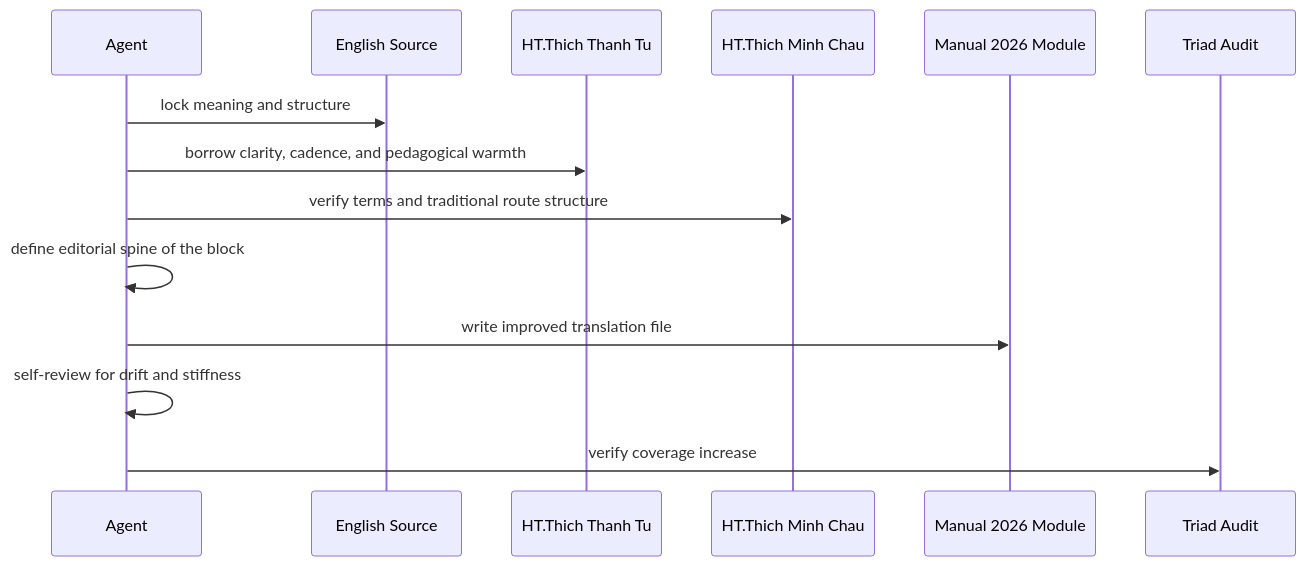
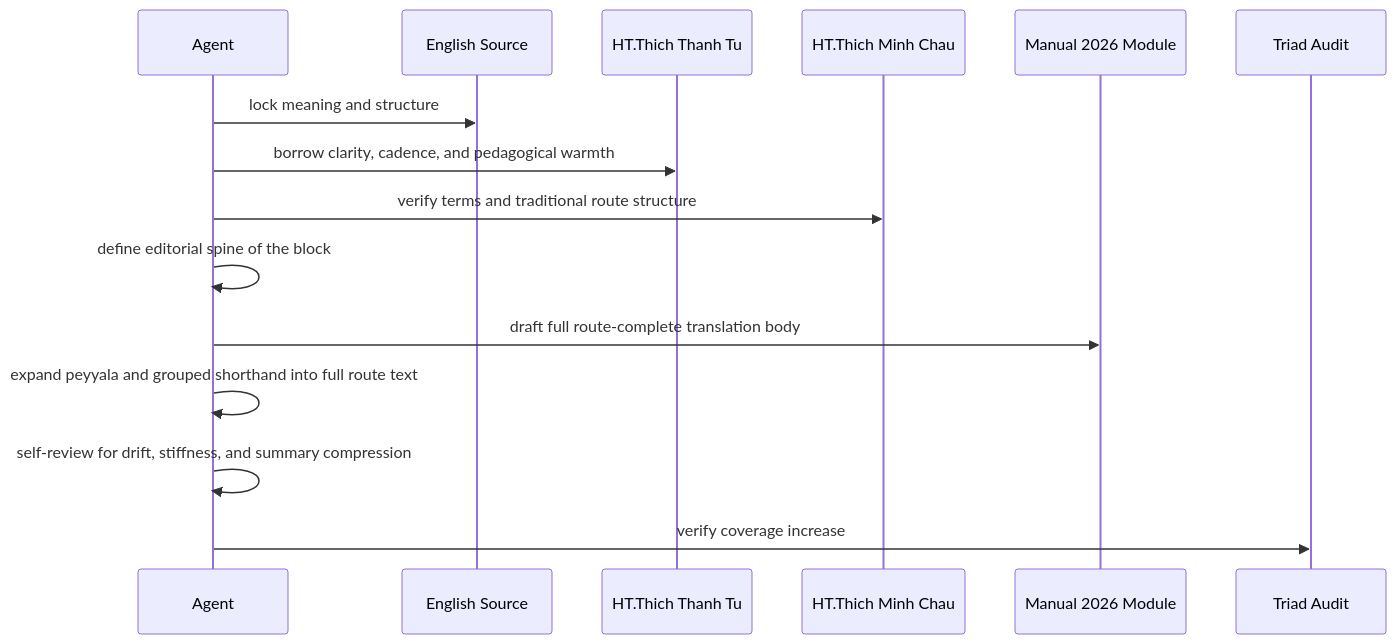
The second of 3 diagrams in docs/manual-2026-agent-prompts.md (cschanhniem/cschanhniem.github.io), drawn with Mermaid before and after one commit. The commit also changed other lines of this file and 15 other files, not shown here.

````diff
--- a/docs/manual-2026-agent-prompts.md
+++ b/docs/manual-2026-agent-prompts.md
@@ -225,17 +262,18 @@
 ```mermaid
 sequenceDiagram
     participant Agent
     participant English as English Source
     participant ThanhTu as HT.Thich Thanh Tu
     participant MinhChau as HT.Thich Minh Chau
     participant Module as Manual 2026 Module
     participant Audit as Triad Audit
 
     Agent->>English: lock meaning and structure
     Agent->>ThanhTu: borrow clarity, cadence, and pedagogical warmth
     Agent->>MinhChau: verify terms and traditional route structure
     Agent->>Agent: define editorial spine of the block
-    Agent->>Module: write improved translation file
-    Agent->>Agent: self-review for drift and stiffness
+    Agent->>Module: draft full route-complete translation body
+    Agent->>Agent: expand peyyala and grouped shorthand into full route text
+    Agent->>Agent: self-review for drift, stiffness, and summary compression
     Agent->>Audit: verify coverage increase
 ```
````
